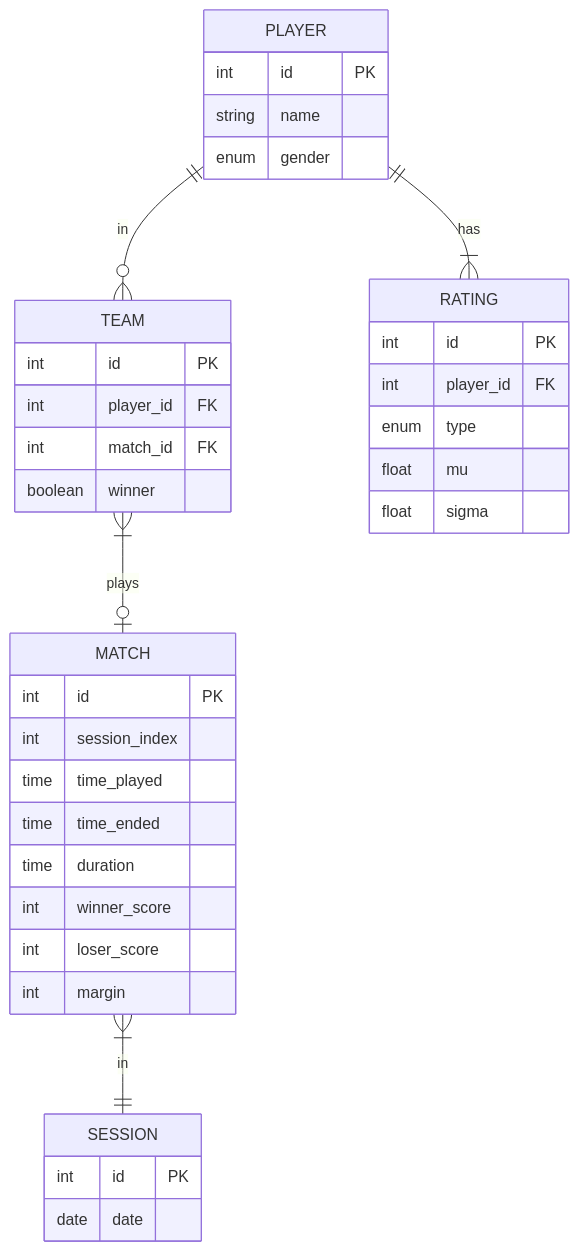
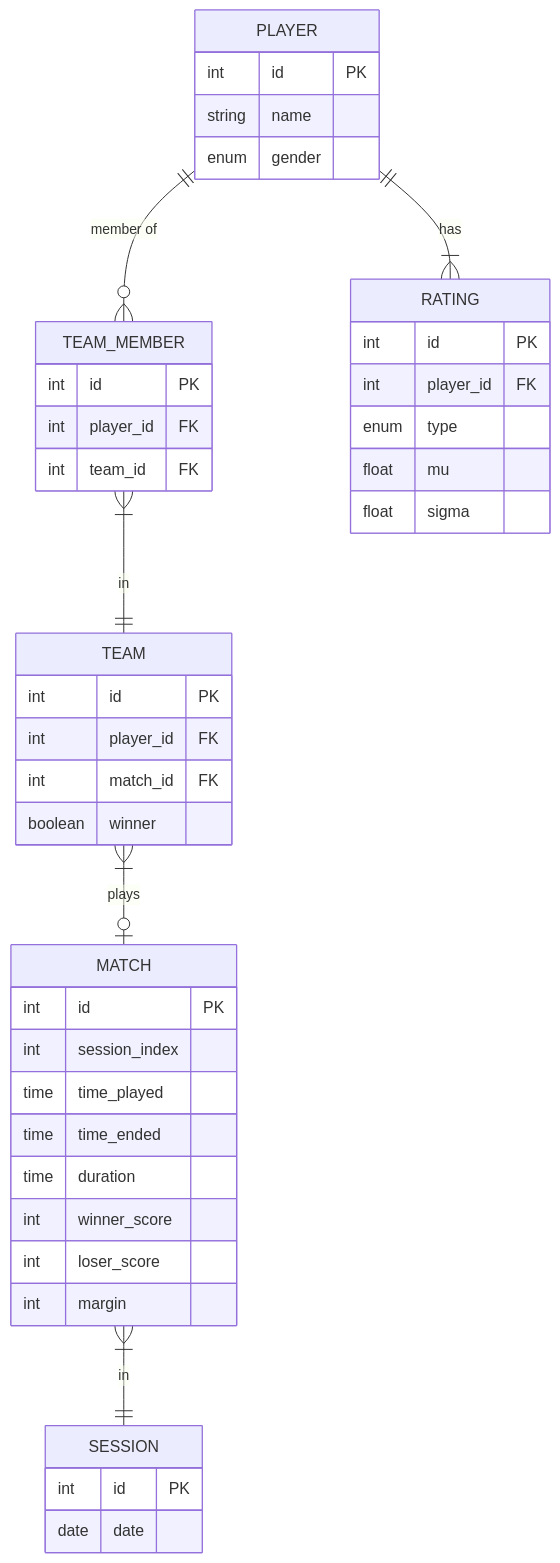
One commit to girotobial/spiral_openskill changed the diagram in database_design.md. Above: the diagram before and after it, drawn with Mermaid.

Commit message:
edit design: move team members into new table

````diff
--- a/database_design.md
+++ b/database_design.md
@@ -1,44 +1,50 @@
 ```mermaid
 ---
 config:
   theme: default
 ---
 erDiagram
-    PLAYER ||--o{ TEAM: in
+    PLAYER ||--o{ TEAM_MEMBER: "member of"
+    TEAM_MEMBER }|--|| TEAM: in
     PLAYER ||--|{ RATING: has
     TEAM }|--o| MATCH: plays
     MATCH }|--|| SESSION: in
 
     PLAYER {
         int id PK
         string name
         enum gender
+    }
+    TEAM_MEMBER {
+        int id PK
+        int player_id FK
+        int team_id FK
     }
     RATING {
         int id PK
         int player_id FK
         enum type
         float mu
         float sigma
     }
     TEAM {
         int id PK
         int player_id FK
         int match_id FK
         boolean winner
     }
     MATCH {
         int id PK
         int session_index
         time time_played
         time time_ended
         time duration
         int winner_score
         int loser_score
         int margin
     }
     SESSION {
         int id PK
         date date
     }
 ```
````
